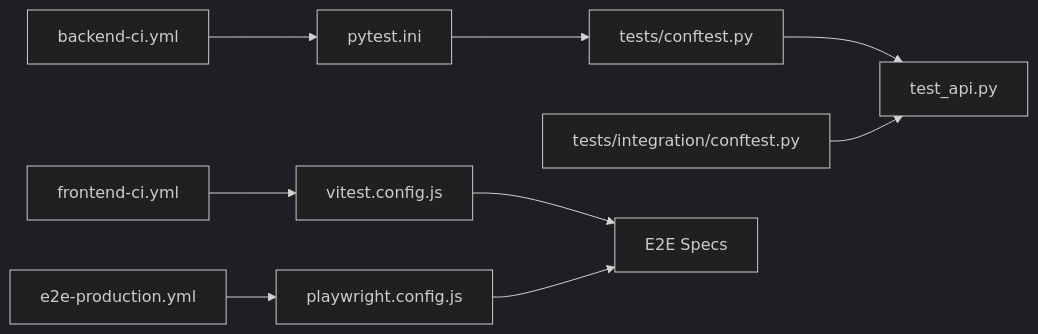
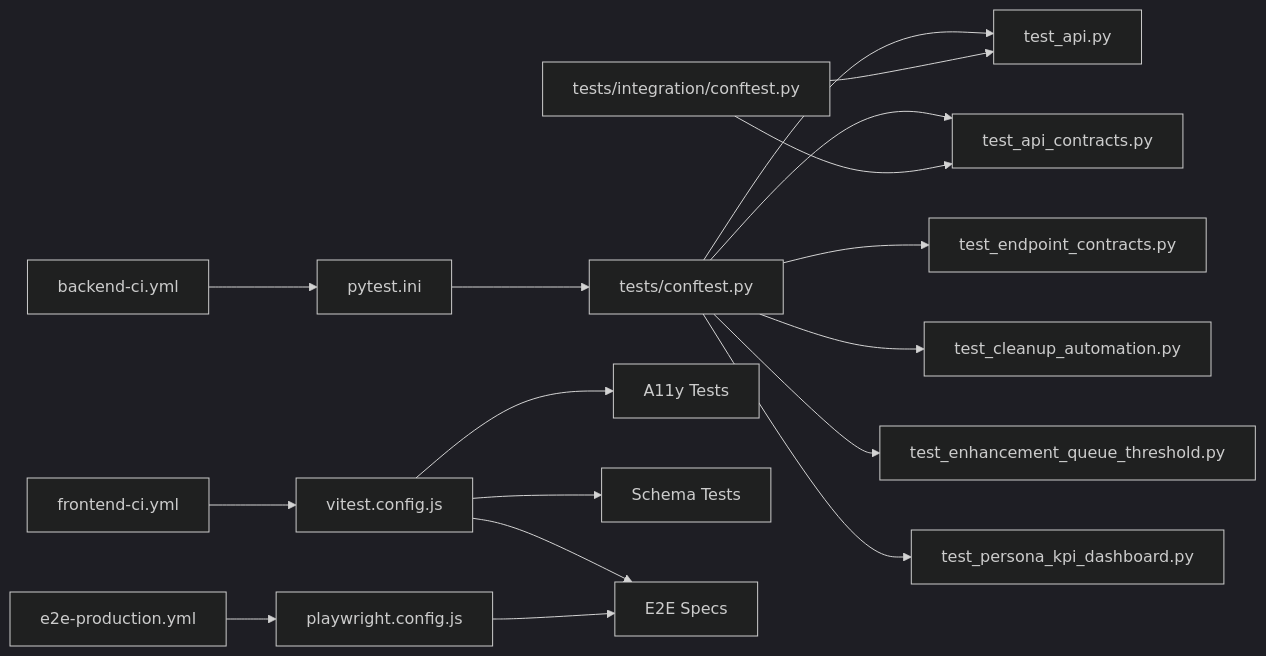
Before and after one commit to rohitkumarnaidu/-Auto-AI-Automated-Academic-Docx-Manuscript-Formatter: diagram 13 of 13 in .qoder/repowiki/en/content/Testing Strategy/Testing Strategy.md, drawn with Mermaid (dark theme). The commit also changed other lines of this file and 6 other files, not shown here.

````diff
--- a/.qoder/repowiki/en/content/Testing Strategy/Testing Strategy.md
+++ b/.qoder/repowiki/en/content/Testing Strategy/Testing Strategy.md
@@ -376,11 +587,19 @@
 ```mermaid
 graph LR
 PYI["pytest.ini"] --> CF["tests/conftest.py"]
 CF --> TA["test_api.py"]
+CF --> TC["test_api_contracts.py"]
+CF --> TE["test_endpoint_contracts.py"]
+CF --> CA["test_cleanup_automation.py"]
+CF --> EQ["test_enhancement_queue_threshold.py"]
+CF --> PD["test_persona_kpi_dashboard.py"]
 IC["tests/integration/conftest.py"] --> TA
-VCFG["vitest.config.js"] --> FE2E["E2E Specs"]
+IC --> TC
+VCFG["vitest.config.js"] --> A11Y["A11y Tests"]
+VCFG --> SCH["Schema Tests"]
+VCFG --> FE2E["E2E Specs"]
 PWCFG["playwright.config.js"] --> FE2E
 BCI["backend-ci.yml"] --> PYI
 FCI["frontend-ci.yml"] --> VCFG
 E2EP["e2e-production.yml"] --> PWCFG
 ```
````
